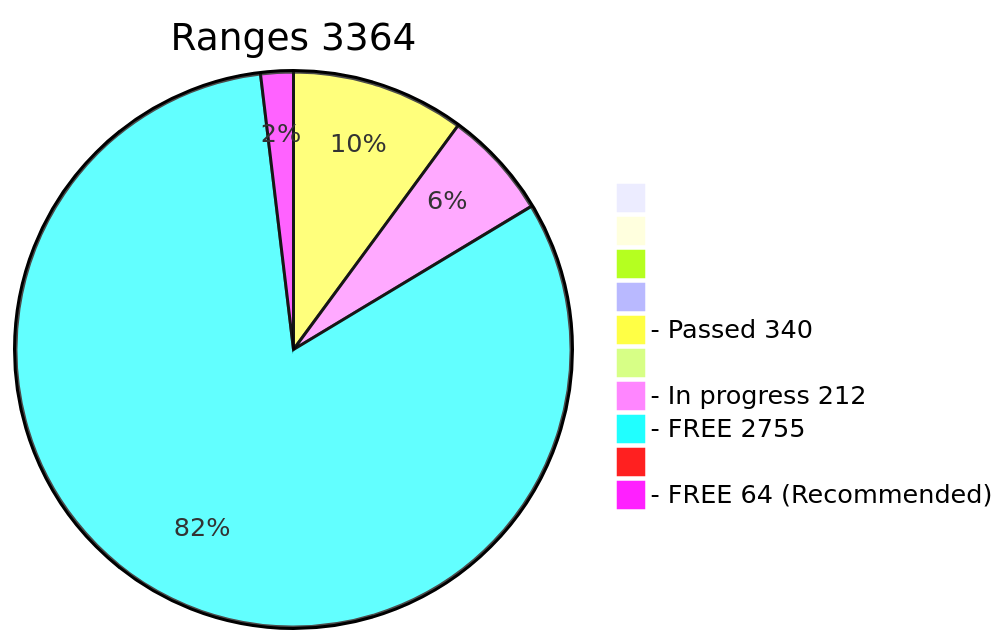
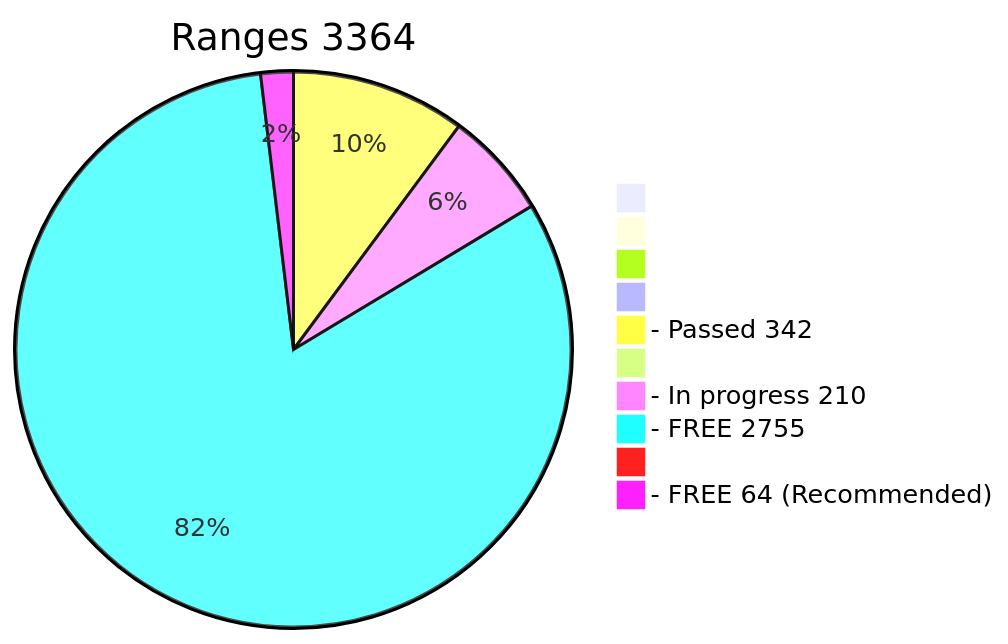
One commit to phrutis/wif500 changed the diagram in x64/Release/table.md. Above: the diagram before and after it, drawn with Mermaid. The commit also changed other lines of this file, not shown here.

````diff
--- a/x64/Release/table.md
+++ b/x64/Release/table.md
@@ -2,13 +2,13 @@
 ```mermaid
 pie title Ranges 3364
   " " : 0
   "  " : 0
   "   " : 0
   "    " : 0
-  "- Passed 340" : 340
+  "- Passed 342" : 342
   "     " : 0
-  "- In progress 212" : 212
+  "- In progress 210" : 210
   "- FREE 2755" : 2755
   "      " : 0
   "- FREE 64 (Recommended)" : 64
 ```
````
